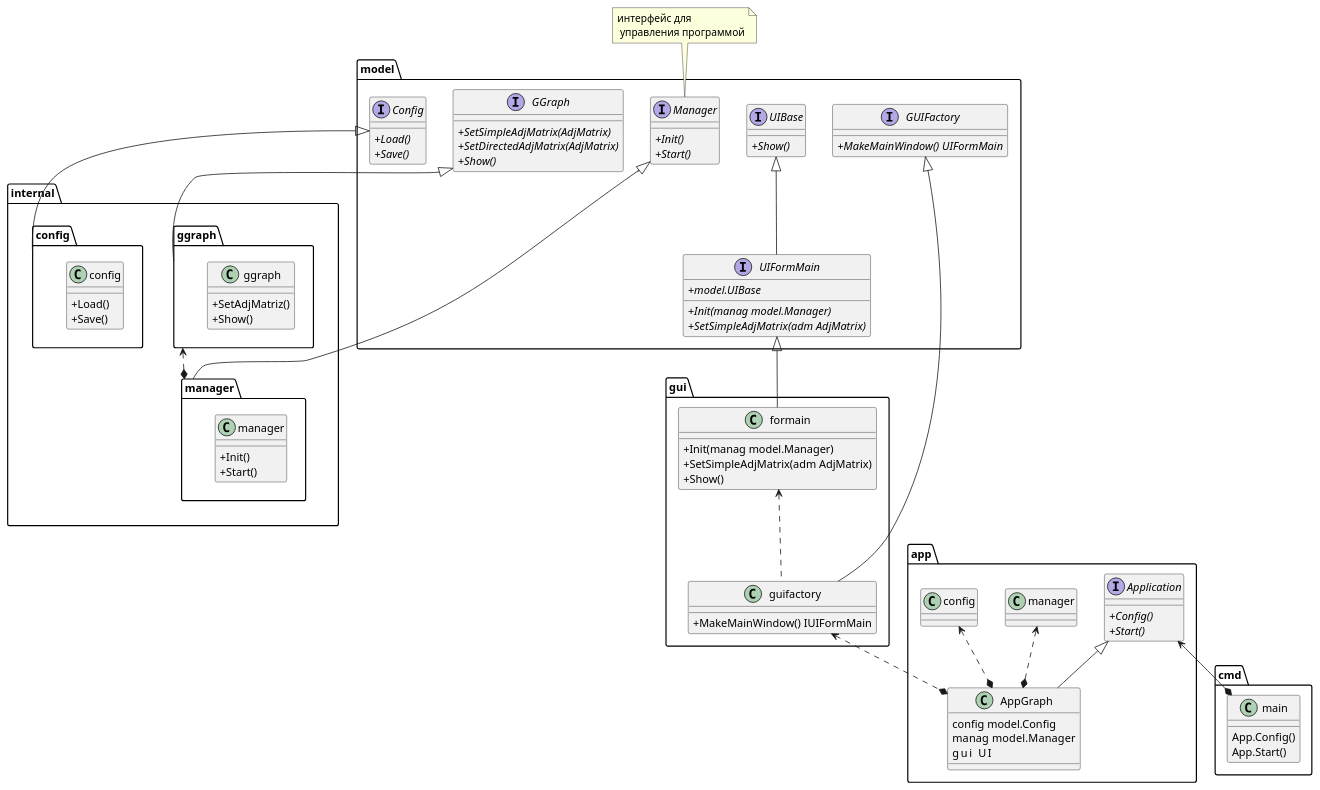
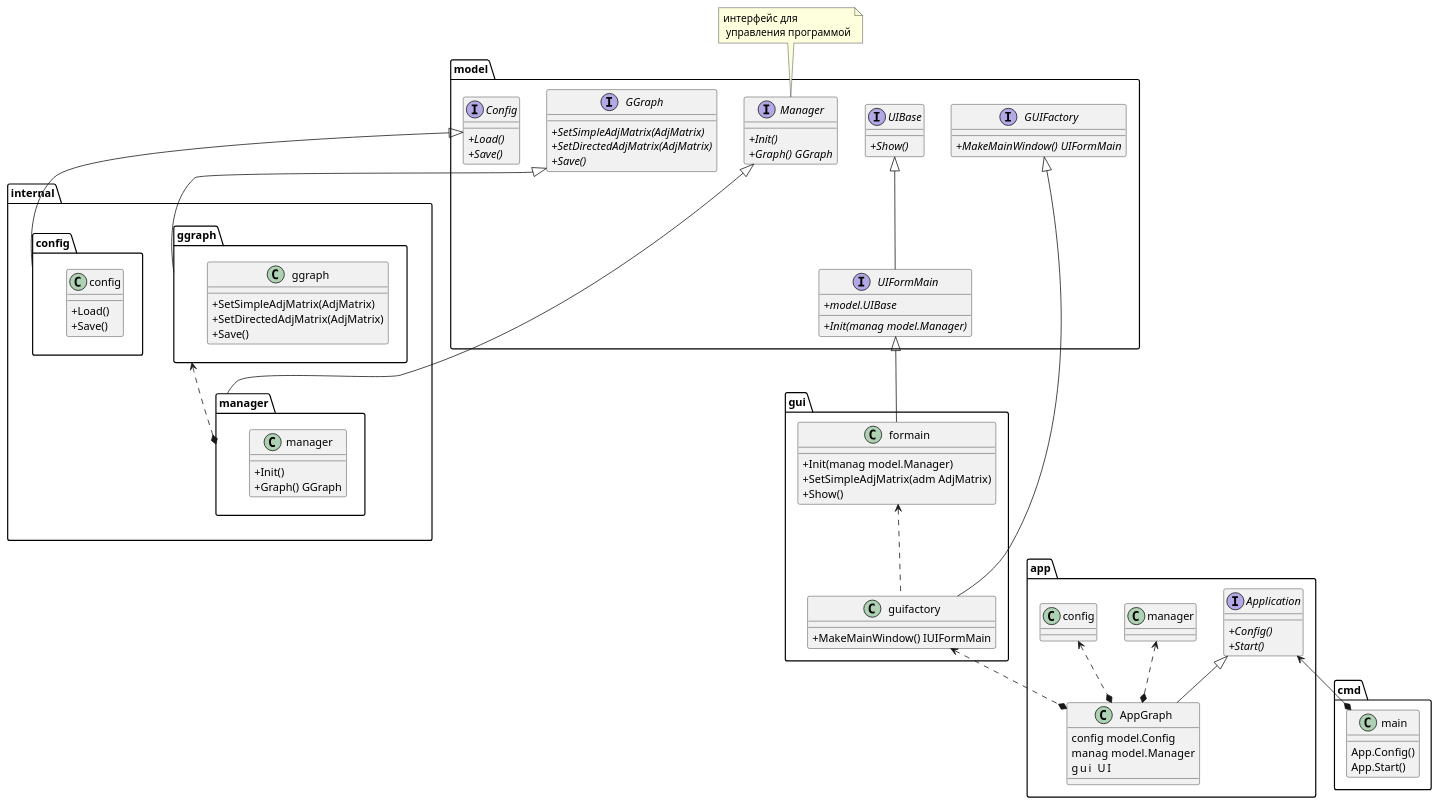
One commit to Giovanny472/ggraph changed the diagram in model/diagram/diagram.wsd. Above: the diagram before and after it, drawn with PlantUML. The commit also changed 1 other file, not shown here.

```diff
--- a/model/diagram/diagram.wsd
+++ b/model/diagram/diagram.wsd
@@ -1,116 +1,116 @@
 @startuml
 skinparam ClassAttributeIconSize 0
 
 package "model" {
 
     interface IGGraph as "GGraph" {
         + {abstract} SetSimpleAdjMatrix(AdjMatrix)
         + {abstract} SetDirectedAdjMatrix(AdjMatrix)
-        + {abstract} Show()
+        + {abstract} Save()
     }
 
     interface IConfig as "Config" {
         + {abstract} Load()
         + {abstract} Save()
     }
 
     interface IManager as "Manager" {
         + {abstract} Init()
-        + {abstract} Start()
+        + {abstract} Graph() GGraph
     }
 
     interface IUIBase as "UIBase" {
         + {abstract} Show()
     }
 
     interface IGUIFactory as "GUIFactory"{
         +{abstract}MakeMainWindow() UIFormMain
     }
 
     interface IUIFormMain as "UIFormMain" {
         +{abstract} model.UIBase
         +{abstract} Init(manag model.Manager)
-        +{abstract} SetSimpleAdjMatrix(adm AdjMatrix)
     }
     IUIBase <|-- IUIFormMain 
 
 }
 
 note "интерфейс для\n управления программой" as N1
 N1 .. IManager  
     
 package "internal" {
 
     package "config" {
         class config {
             + Load()
             + Save()
         }
     }
     IConfig <|-- config
 
     package "ggraph" {
         class ggraph{
-            + SetAdjMatriz()
-            + Show()
+            + SetSimpleAdjMatrix(AdjMatrix)
+            + SetDirectedAdjMatrix(AdjMatrix)
+            + Save()
         }
     }
     IGGraph  <|-- ggraph
 
     package "manager" {
         class manager{
             + Init()
-            + Start()
+            + Graph() GGraph
         }
     }
     IManager <|-- manager
     ggraph  <..* manager
     
 }
 
 package gui as "gui" {
 
     class formain {
         + Init(manag model.Manager)
         + SetSimpleAdjMatrix(adm AdjMatrix)
         + Show()
     }
     IUIFormMain <|-- formain 
     
     class guifactory {
         + MakeMainWindow() IUIFormMain
     }
     IGUIFactory <|-- guifactory
     formain <.. guifactory
 }
 
 
 package "app" {
 
     interface IApp as "Application" {
         + {abstract} Config()
         + {abstract} Start()
     }
 
     class AppGraph{
         config model.Config
 	    manag  model.Manager
 	    gui    UI
     }
     IApp <|--AppGraph
 
     manager <..* AppGraph
     config  <..* AppGraph
     guifactory <..*AppGraph
     
 }
 
 package cmd {
     class main {
         App.Config()
         App.Start()
     }
     IApp <--*main
 }
 
 @enduml
```
